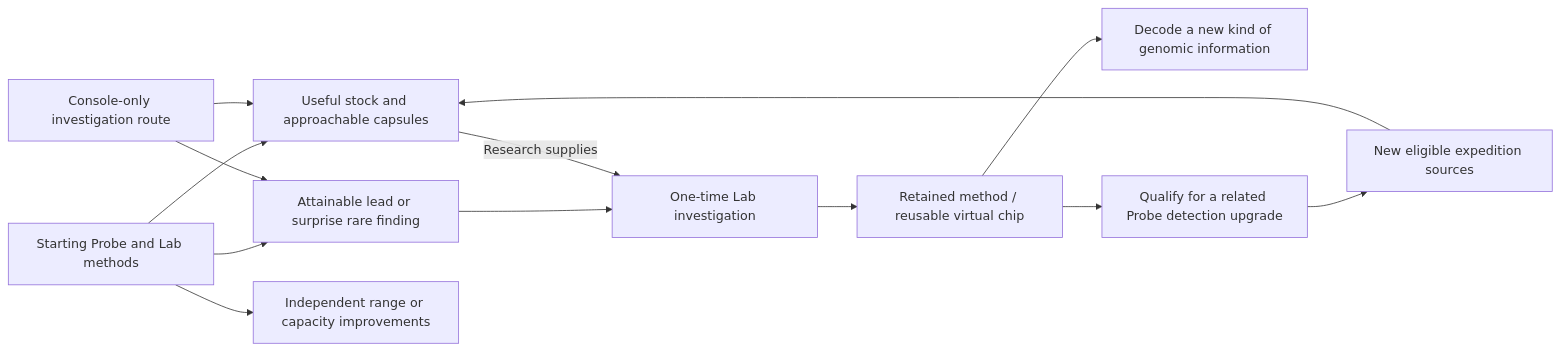
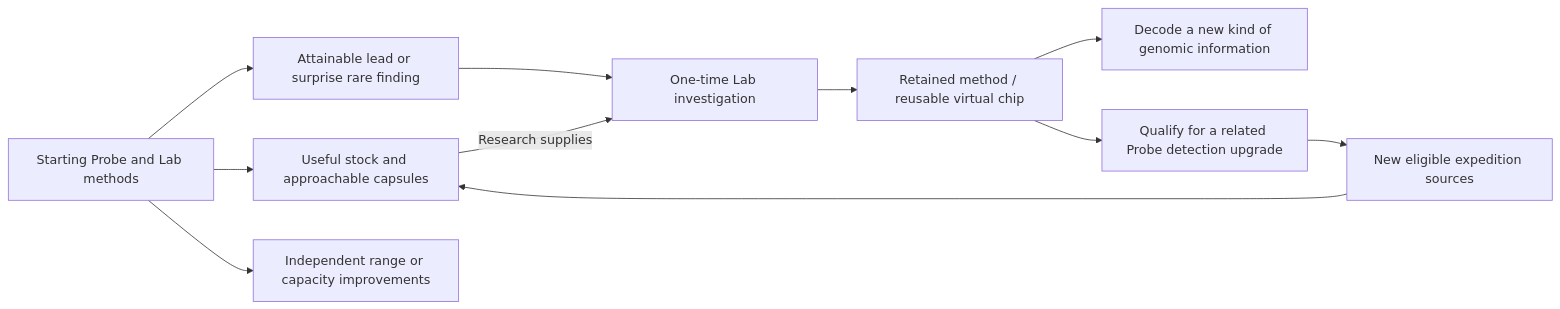
The diagram in design/probe-sampling.md (PacoCotera/critter-lab), drawn with Mermaid before and after one commit. The commit also changed other lines of this file and 33 other files, not shown here.

````diff
--- a/design/probe-sampling.md
+++ b/design/probe-sampling.md
@@ -233,15 +233,13 @@
 ```mermaid
 flowchart LR
     A[Starting Probe and Lab methods] --> B[Useful stock and approachable capsules]
     A --> C[Attainable lead or surprise rare finding]
     C --> D[One-time Lab investigation]
     B -->|Research supplies| D
     D --> E[Retained method / reusable virtual chip]
     E --> F[Decode a new kind of genomic information]
     E --> G[Qualify for a related Probe detection upgrade]
     G --> H[New eligible expedition sources]
     H --> B
     A --> I[Independent range or capacity improvements]
-    J[Console-only investigation route] --> C
-    J --> B
 ```
````
